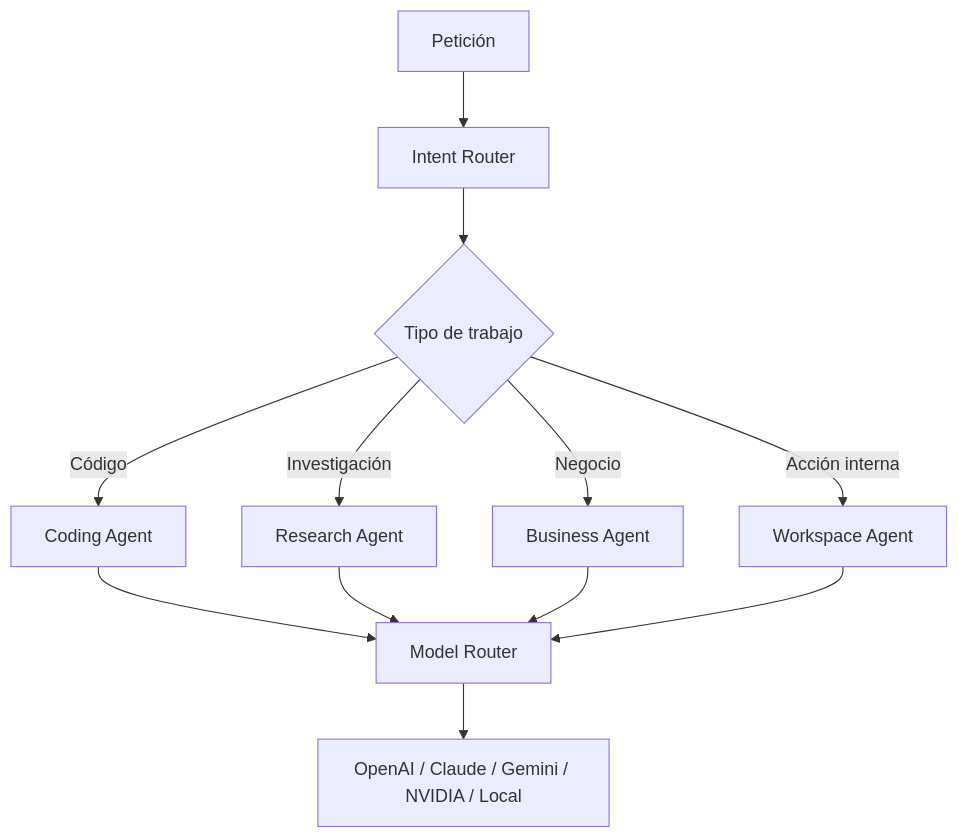
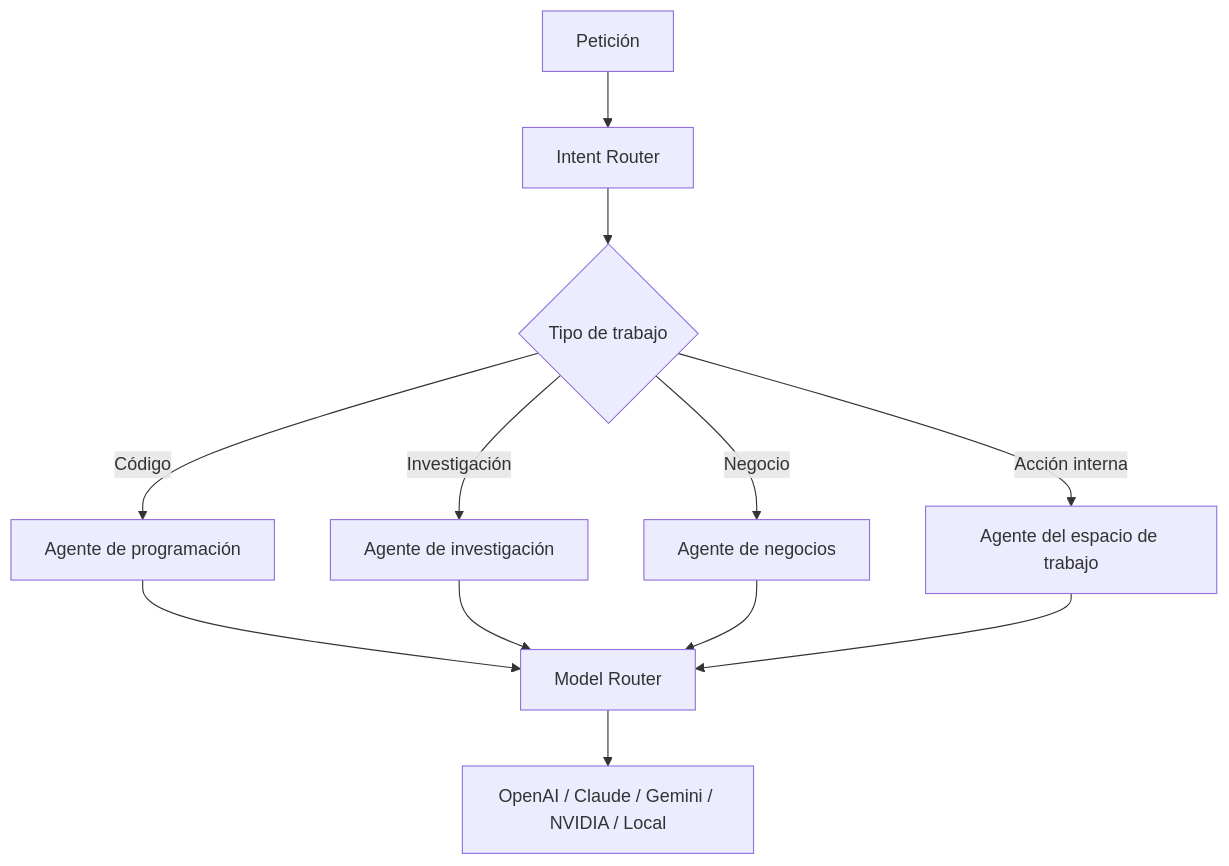
One commit to christiandejesus320-droid/Sandbox changed the sixth of 10 diagrams in docs/guia-conceptual-meridian.md. Above: the diagram before and after it, drawn with Mermaid. The commit also changed other lines of this file, not shown here.

````diff
--- a/docs/guia-conceptual-meridian.md
+++ b/docs/guia-conceptual-meridian.md
@@ -190,14 +190,14 @@
 ```mermaid
 flowchart TD
     A["Petición"] --> B["Intent Router"]
     B --> C{"Tipo de trabajo"}
-    C -->|Código| D["Coding Agent"]
-    C -->|Investigación| E["Research Agent"]
-    C -->|Negocio| F["Business Agent"]
-    C -->|Acción interna| G["Workspace Agent"]
+    C -->|Código| D["Agente de programación"]
+    C -->|Investigación| E["Agente de investigación"]
+    C -->|Negocio| F["Agente de negocios"]
+    C -->|Acción interna| G["Agente del espacio de trabajo"]
     D --> H["Model Router"]
     E --> H
     F --> H
     G --> H
     H --> I["OpenAI / Claude / Gemini / NVIDIA / Local"]
 ```
````
